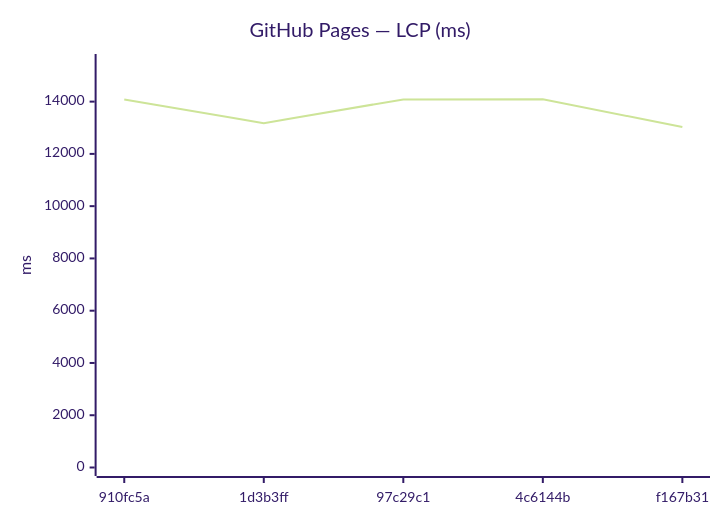
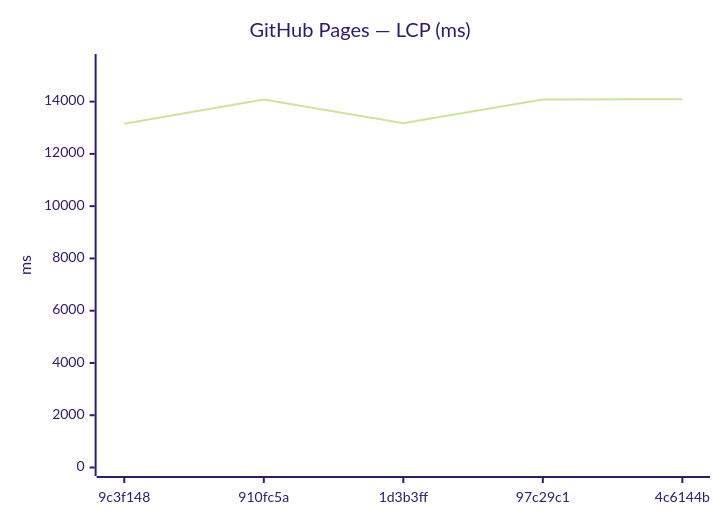
One commit to Metaheurist/Rianell changed the ninth of 18 diagrams in benchmarks/compare.md. Above: the diagram before and after it, drawn with Mermaid (forest theme). The commit also changed other lines of this file and 11 other files, not shown here.

````diff
--- a/benchmarks/compare.md
+++ b/benchmarks/compare.md
@@ -142,7 +142,7 @@
 ```mermaid
 xychart-beta
     title "GitHub Pages — LCP (ms)"
-    x-axis ["910fc5a", "1d3b3ff", "97c29c1", "4c6144b", "f167b31"]
+    x-axis ["9c3f148", "910fc5a", "1d3b3ff", "97c29c1", "4c6144b"]
     y-axis "ms" 0 --> 15497
-    line [14081, 13177, 14085, 14088, 13032]
+    line [13156, 14081, 13177, 14085, 14088]
 ```
````
